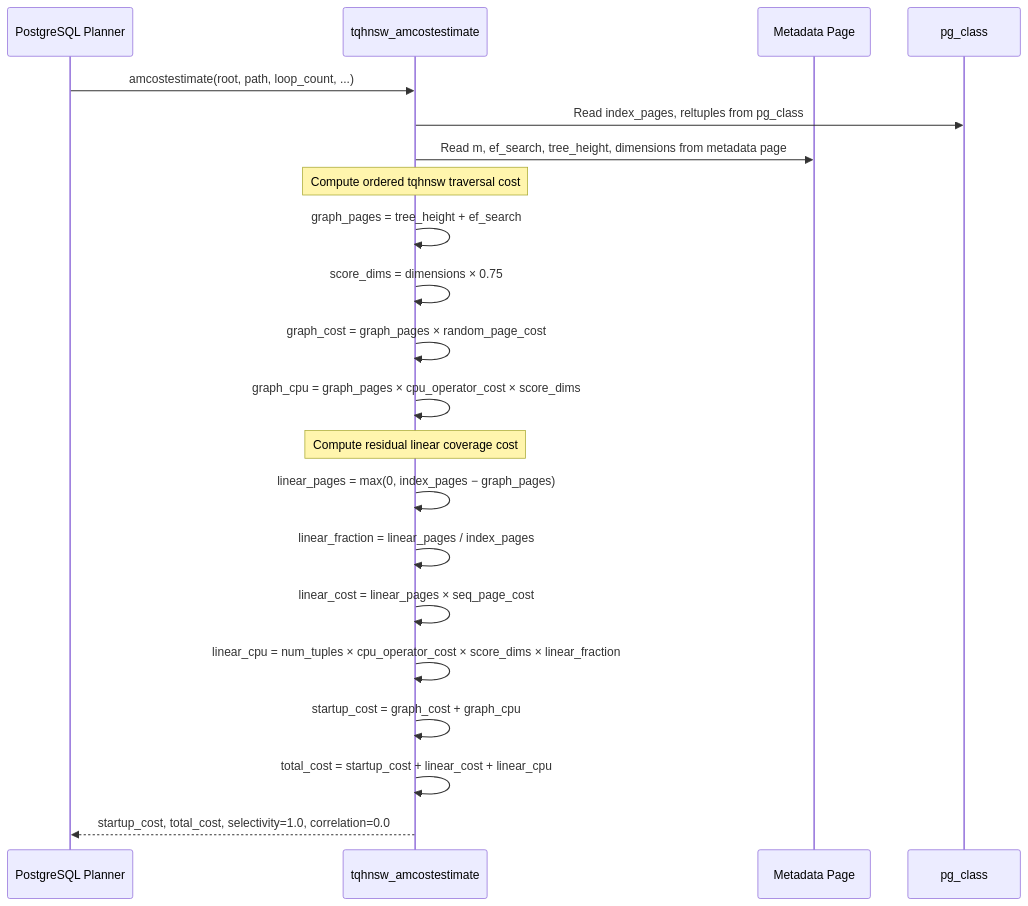
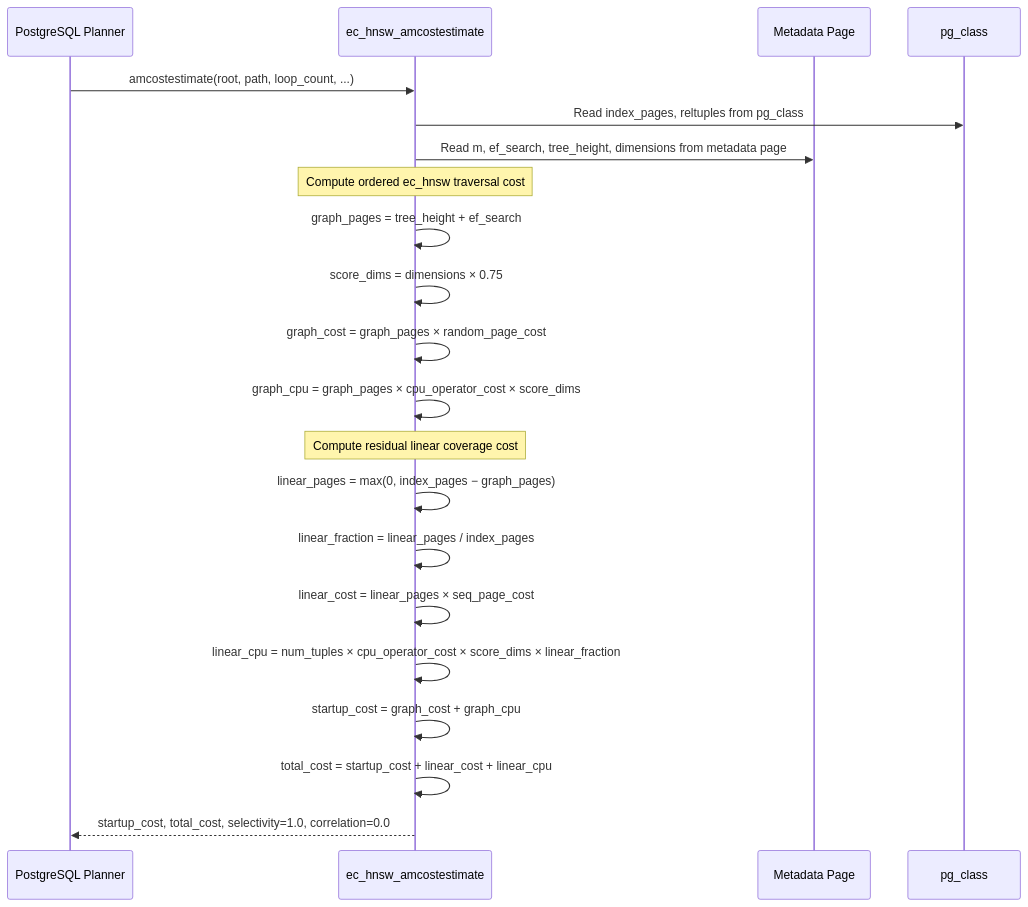
The diagram in spec/functional/FR-020-cost-estimation.md (agent-ix/ecaz), drawn with Mermaid before and after one commit. The commit also changed other lines of this file and 107 other files, not shown here.

````diff
--- a/spec/functional/FR-020-cost-estimation.md
+++ b/spec/functional/FR-020-cost-estimation.md
@@ -71,29 +71,29 @@
 ```mermaid
 sequenceDiagram
     participant Planner as PostgreSQL Planner
-    participant AM as tqhnsw_amcostestimate
+    participant AM as ec_hnsw_amcostestimate
     participant Meta as Metadata Page
     participant Rel as pg_class
 
     Planner->>AM: amcostestimate(root, path, loop_count, ...)
 
     AM->>Rel: Read index_pages, reltuples from pg_class
     AM->>Meta: Read m, ef_search, tree_height, dimensions from metadata page
 
-    Note over AM: Compute ordered tqhnsw traversal cost
+    Note over AM: Compute ordered ec_hnsw traversal cost
     AM->>AM: graph_pages = tree_height + ef_search
     AM->>AM: score_dims = dimensions × 0.75
     AM->>AM: graph_cost = graph_pages × random_page_cost
     AM->>AM: graph_cpu = graph_pages × cpu_operator_cost × score_dims
 
     Note over AM: Compute residual linear coverage cost
     AM->>AM: linear_pages = max(0, index_pages − graph_pages)
     AM->>AM: linear_fraction = linear_pages / index_pages
     AM->>AM: linear_cost = linear_pages × seq_page_cost
     AM->>AM: linear_cpu = num_tuples × cpu_operator_cost × score_dims × linear_fraction
 
     AM->>AM: startup_cost = graph_cost + graph_cpu
     AM->>AM: total_cost = startup_cost + linear_cost + linear_cpu
 
     AM-->>Planner: startup_cost, total_cost, selectivity=1.0, correlation=0.0
 ```
````
